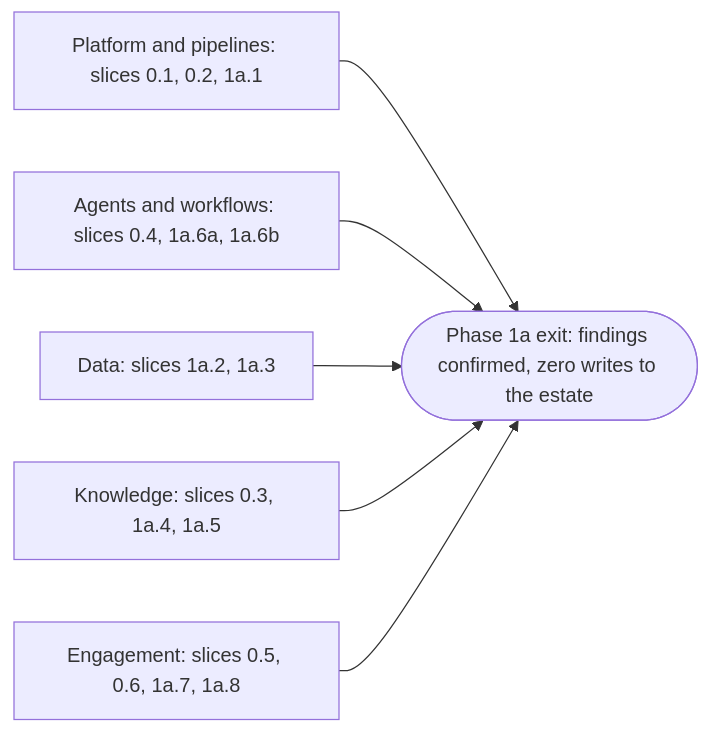
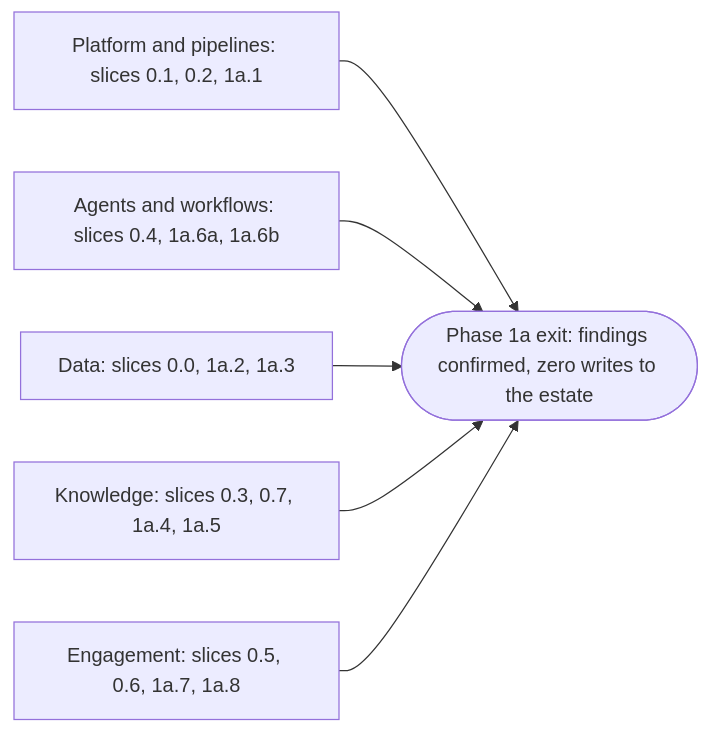
Before and after one commit to tinodo/meternaut: the diagram in docs/build-plan/README.md, drawn with Mermaid. The commit also changed other lines of this file and 65 other files, not shown here.

````diff
--- a/docs/build-plan/README.md
+++ b/docs/build-plan/README.md
@@ -26,14 +23,14 @@
 ```mermaid
 flowchart LR
     platform["Platform and pipelines: slices 0.1, 0.2, 1a.1"]
     agents["Agents and workflows: slices 0.4, 1a.6a, 1a.6b"]
-    data["Data: slices 1a.2, 1a.3"]
-    knowledge["Knowledge: slices 0.3, 1a.4, 1a.5"]
+    data["Data: slices 0.0, 1a.2, 1a.3"]
+    knowledge["Knowledge: slices 0.3, 0.7, 1a.4, 1a.5"]
     engagement["Engagement: slices 0.5, 0.6, 1a.7, 1a.8"]
     exit1a(["Phase 1a exit: findings confirmed, zero writes to the estate"])
     platform --> exit1a
     agents --> exit1a
     data --> exit1a
     knowledge --> exit1a
     engagement --> exit1a
 ```
````
